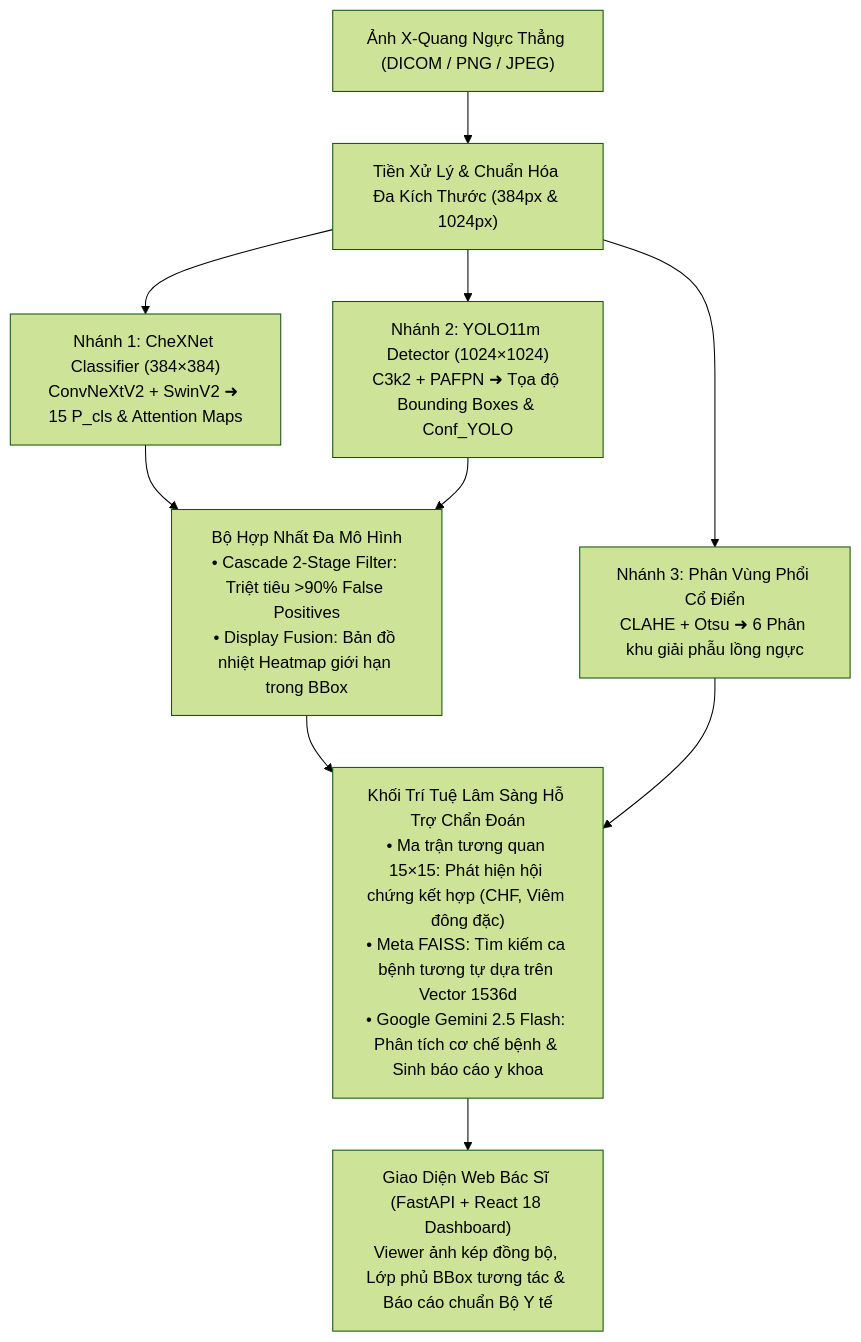
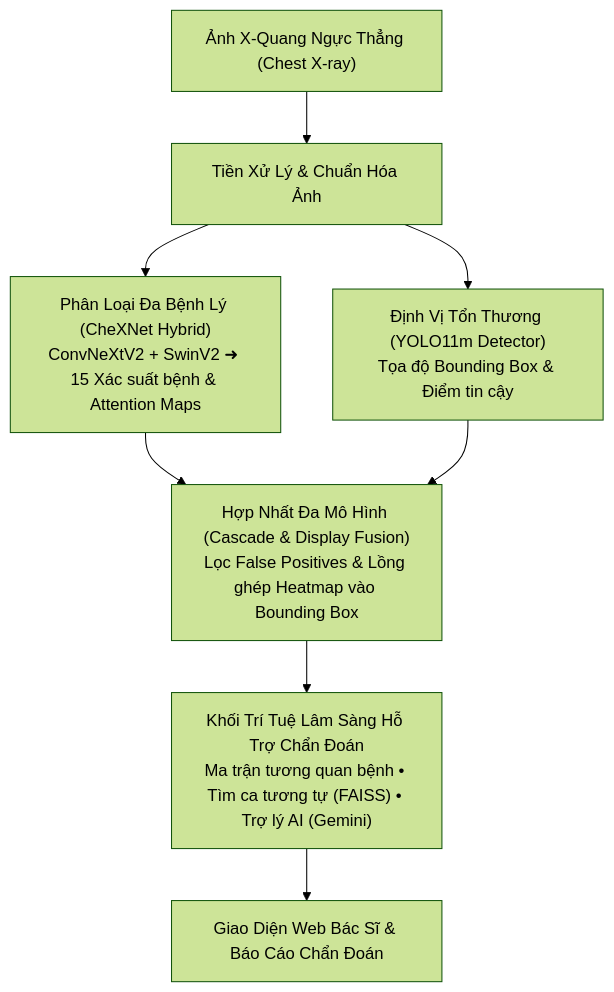
One commit to lecuong2512/CheXNet changed the diagram in README.md. Above: the diagram before and after it, drawn with Mermaid (forest theme). The commit also changed other lines of this file, not shown here.

Commit message:
docs: retain single clean overview flowchart and streamline architecture documentation

````diff
--- a/README.md
+++ b/README.md
@@ -75,16 +75,14 @@
 ```mermaid
 flowchart TB
-    IN["Ảnh X-Quang Ngực Thẳng (DICOM / PNG / JPEG)"] --> PRE["Tiền Xử Lý & Chuẩn Hóa Đa Kích Thước (384px & 1024px)"]
+    IN["Ảnh X-Quang Ngực Thẳng (Chest X-ray)"] --> PRE["Tiền Xử Lý & Chuẩn Hóa Ảnh"]
 
-    PRE --> CHEX["Nhánh 1: CheXNet Classifier (384×384)<br/>ConvNeXtV2 + SwinV2 ➜ 15 P_cls & Attention Maps"]
-    PRE --> YOLO["Nhánh 2: YOLO11m Detector (1024×1024)<br/>C3k2 + PAFPN ➜ Tọa độ Bounding Boxes & Conf_YOLO"]
-    PRE --> OTSU["Nhánh 3: Phân Vùng Phổi Cổ Điển<br/>CLAHE + Otsu ➜ 6 Phân khu giải phẫu lồng ngực"]
+    PRE --> CHEX["Phân Loại Đa Bệnh Lý (CheXNet Hybrid)<br/>ConvNeXtV2 + SwinV2 ➜ 15 Xác suất bệnh & Attention Maps"]
+    PRE --> YOLO["Định Vị Tổn Thương (YOLO11m Detector)<br/>Tọa độ Bounding Box & Điểm tin cậy"]
 
-    CHEX --> FUSION["Bộ Hợp Nhất Đa Mô Hình<br/>• Cascade 2-Stage Filter: Triệt tiêu >90% False Positives<br/>• Display Fusion: Bản đồ nhiệt Heatmap giới hạn trong BBox"]
+    CHEX --> FUSION["Hợp Nhất Đa Mô Hình (Cascade & Display Fusion)<br/>Lọc False Positives & Lồng ghép Heatmap vào Bounding Box"]
     YOLO --> FUSION
 
-    FUSION --> CLINICAL["Khối Trí Tuệ Lâm Sàng Hỗ Trợ Chẩn Đoán<br/>• Ma trận tương quan 15×15: Phát hiện hội chứng kết hợp (CHF, Viêm đông đặc)<br/>• Meta FAISS: Tìm kiếm ca bệnh tương tự dựa trên Vector 1536d<br/>• Google Gemini 2.5 Flash: Phân tích cơ chế bệnh & Sinh báo cáo y khoa"]
-    OTSU --> CLINICAL
+    FUSION --> CLINICAL["Khối Trí Tuệ Lâm Sàng Hỗ Trợ Chẩn Đoán<br/>Ma trận tương quan bệnh • Tìm ca tương tự (FAISS) • Trợ lý AI (Gemini)"]
 
-    CLINICAL --> WEB["Giao Diện Web Bác Sĩ (FastAPI + React 18 Dashboard)<br/>Viewer ảnh kép đồng bộ, Lớp phủ BBox tương tác & Báo cáo chuẩn Bộ Y tế"]
+    CLINICAL --> WEB["Giao Diện Web Bác Sĩ & Báo Cáo Chẩn Đoán"]
 ```
````
